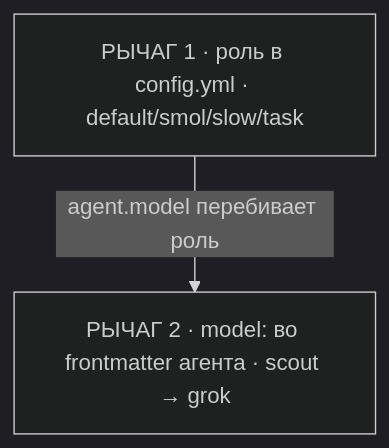
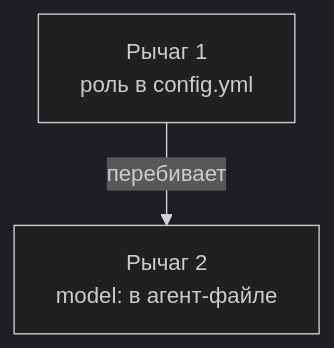
One commit to serejaris/sereja.tech changed the first of 2 diagrams in content/blog/omp-orchestration.md. Above: the diagram before and after it, drawn with Mermaid (dark theme). The commit also changed other lines of this file, not shown here.

Commit message:
docs(blog): concise mermaid labels and fewer em-dashes in omp-orchestration

````diff
--- a/content/blog/omp-orchestration.md
+++ b/content/blog/omp-orchestration.md
@@ -30,6 +30,6 @@
 ```mermaid
 flowchart TD
-    R1["РЫЧАГ 1 · роль в config.yml · default/smol/slow/task"]
-    R2["РЫЧАГ 2 · model: во frontmatter агента · scout → grok"]
-    R1 -->|"agent.model перебивает роль"| R2
+    R1["Рычаг 1<br/>роль в config.yml"]
+    R2["Рычаг 2<br/>model: в агент-файле"]
+    R1 -->|перебивает| R2
 ```
````
